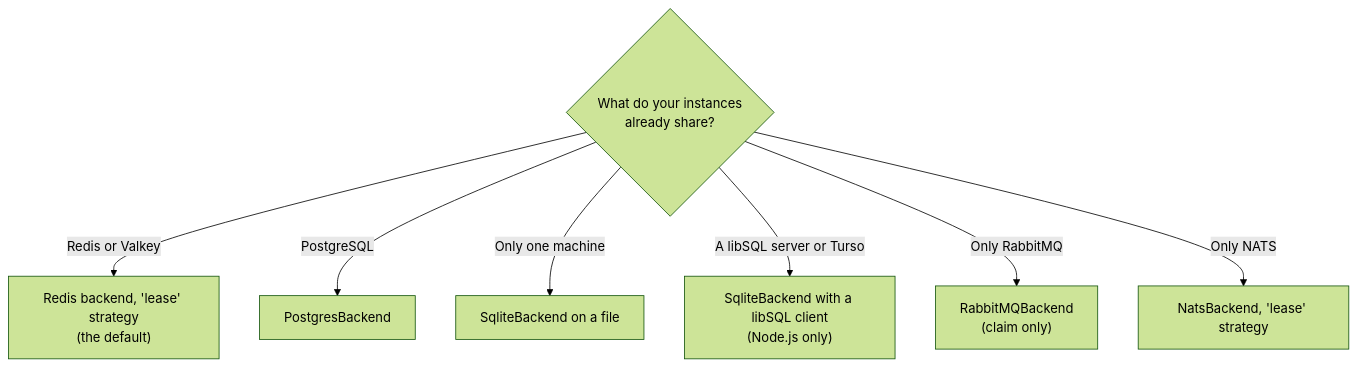
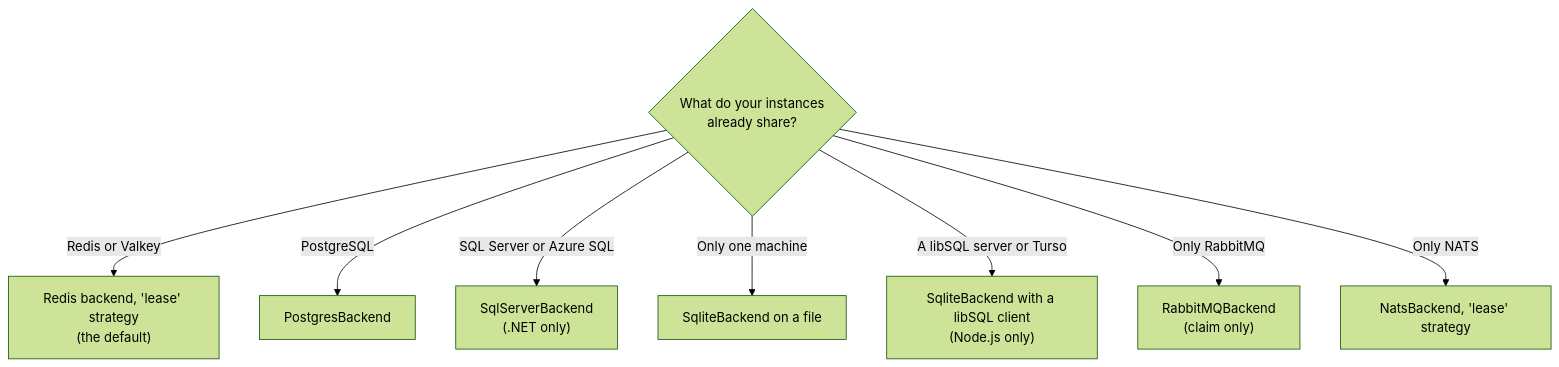
Before and after one commit to aristoteliss/anarchon-docs: the first of 2 diagrams in src/content/docs/backends/overview.mdx, drawn with Mermaid (forest theme). The commit also changed other lines of this file and 18 other files, not shown here.

First line of the commit message:
Document the .NET SQL Server backend

````diff
--- a/src/content/docs/backends/overview.mdx
+++ b/src/content/docs/backends/overview.mdx
@@ -12,10 +12,11 @@
 ```mermaid
 flowchart TD
   start{"What do your instances<br/>already share?"}
   start -- "Redis or Valkey" --> redis["Redis backend, 'lease' strategy<br/>(the default)"]
   start -- "PostgreSQL" --> pg["PostgresBackend"]
+  start -- "SQL Server or Azure SQL" --> mssql["SqlServerBackend<br/>(.NET only)"]
   start -- "Only one machine" --> sqlite["SqliteBackend on a file"]
   start -- "A libSQL server or Turso" --> libsql["SqliteBackend with a libSQL client<br/>(Node.js only)"]
   start -- "Only RabbitMQ" --> rabbit["RabbitMQBackend<br/>(claim only)"]
   start -- "Only NATS" --> nats["NatsBackend, 'lease' strategy"]
 ```
````
